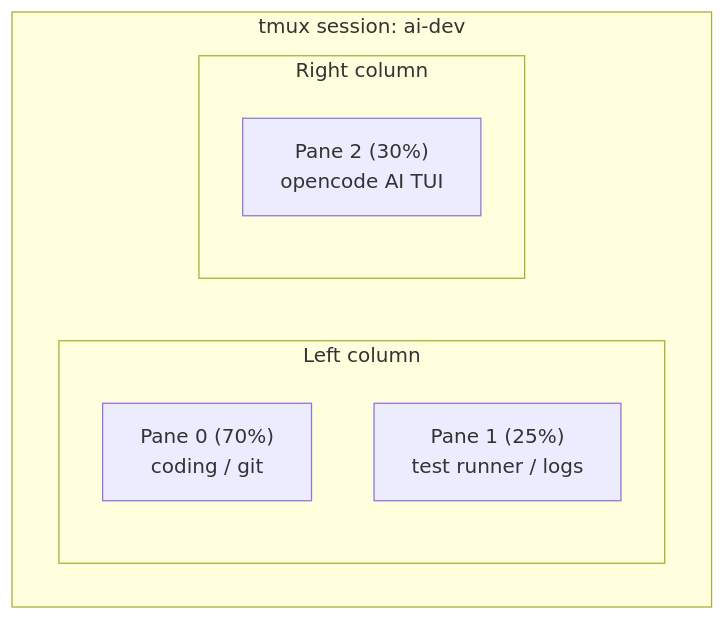
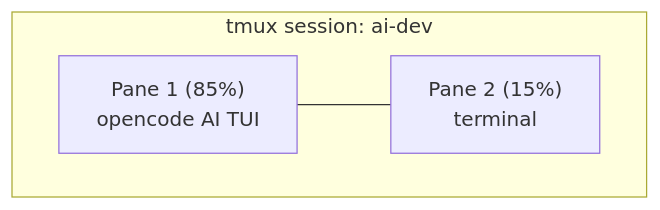
Before and after one commit to visaivis/iterm2: the fourth of 4 diagrams in docs/architecture.md, drawn with Mermaid. The commit also changed 4 other files, not shown here.

First line of the commit message:
fix(tmux): resolve escape sequence leakage and clean up tmux code (#44)

````diff
--- a/docs/architecture.md
+++ b/docs/architecture.md
@@ -76,12 +76,8 @@
 ```mermaid
 graph TB
     subgraph session["tmux session: ai-dev"]
-        subgraph left["Left column"]
-            A["Pane 0 (70%)<br/>coding / git"]
-            B["Pane 1 (25%)<br/>test runner / logs"]
-        end
-        subgraph right["Right column"]
-            C["Pane 2 (30%)<br/>opencode AI TUI"]
-        end
+        A["Pane 1 (85%)<br/>opencode AI TUI"]
+        B["Pane 2 (15%)<br/>terminal"]
     end
+    A --- B
 ```
````
